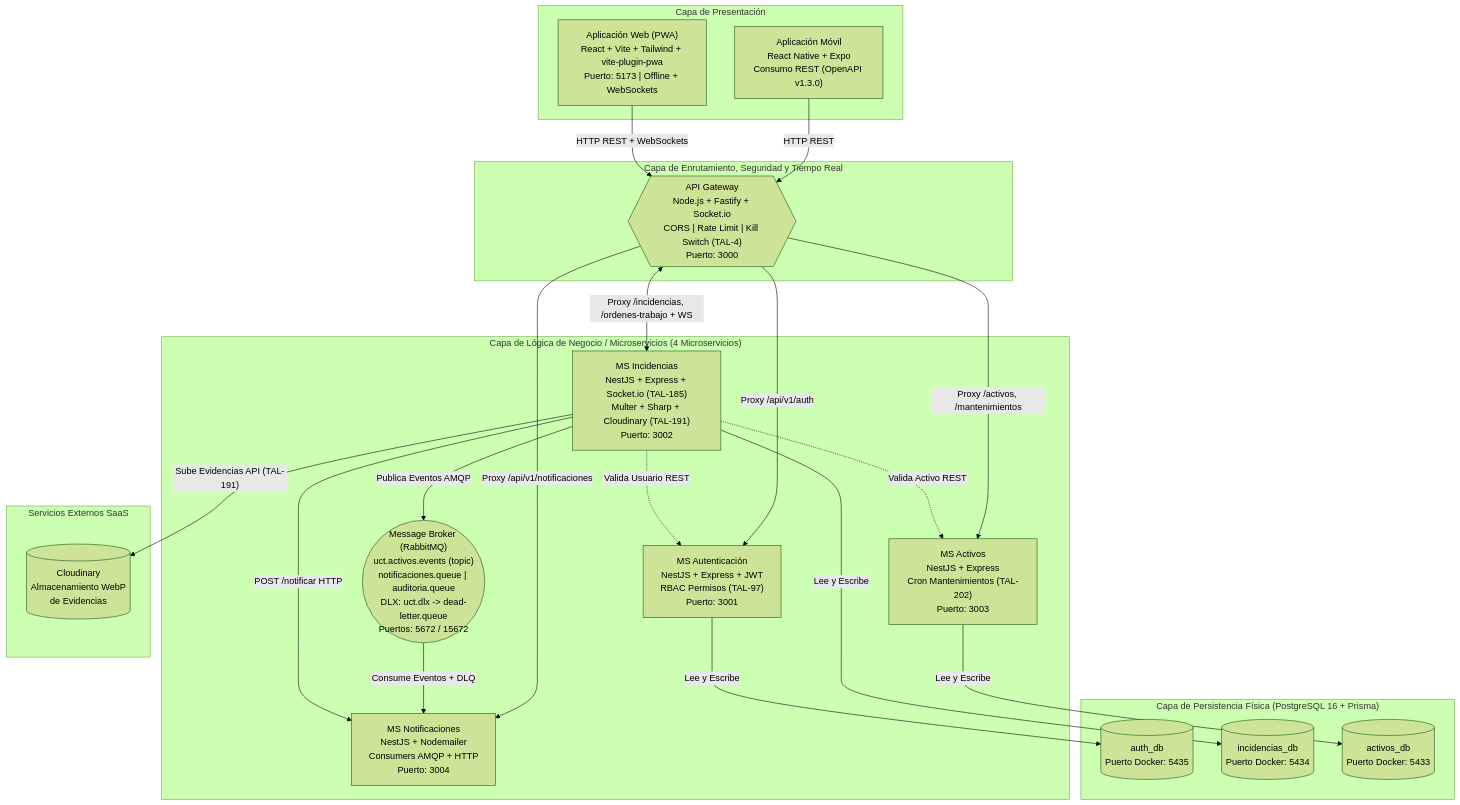
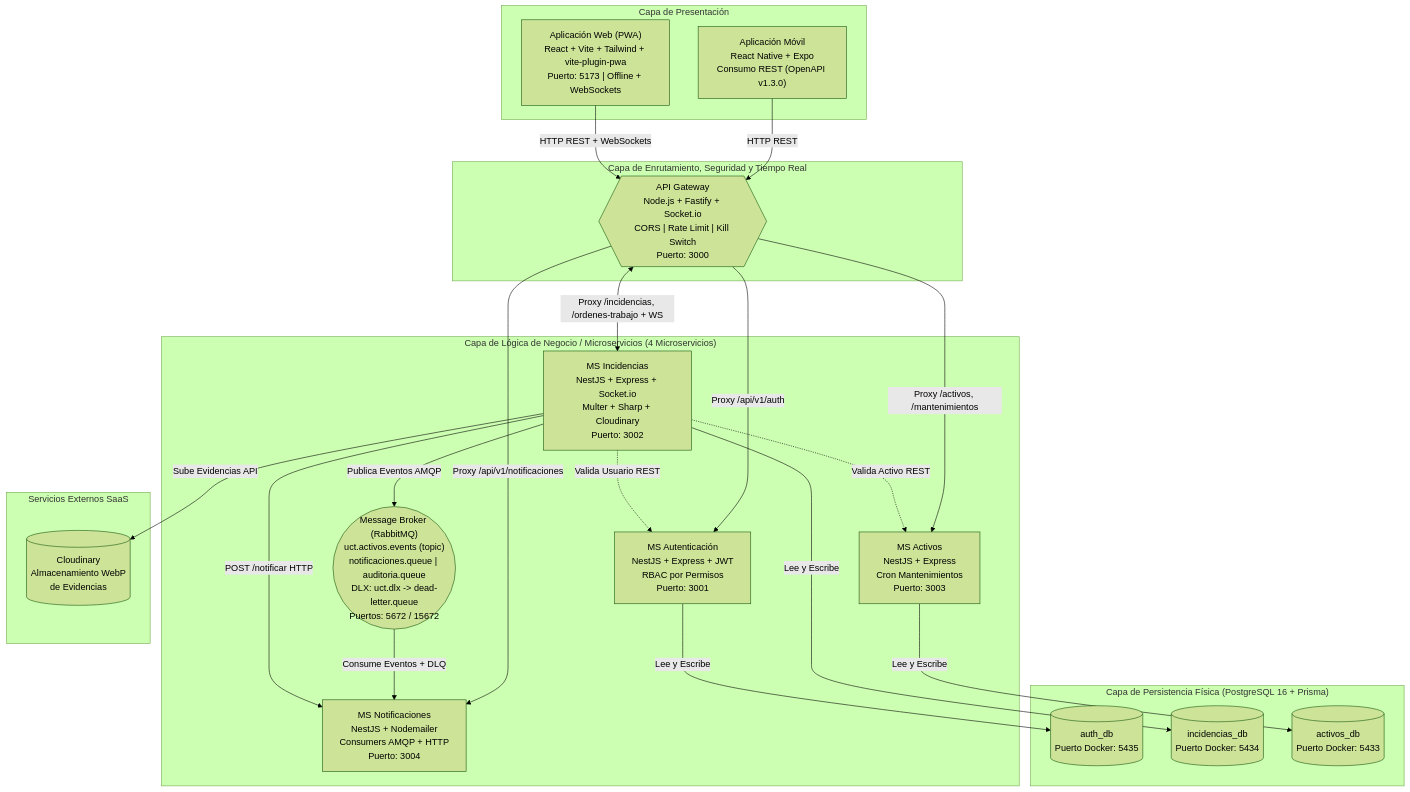
Before and after one commit to Srivera7483/Taller-Integracion-II: the diagram in docs/diagramas/Diagrama de software.mmd, drawn with Mermaid (forest theme). The commit also changed 2 other files, not shown here.

Commit message:
docs(diagramas): retirar referencias internas TAL del diagrama de arquitectura

```diff
--- a/docs/diagramas/Diagrama de software.mmd
+++ b/docs/diagramas/Diagrama de software.mmd
@@ -1,46 +1,46 @@
 flowchart TB
     subgraph Presentacion["Capa de Presentación"]
         Web["Aplicación Web (PWA)<br/>React + Vite + Tailwind + vite-plugin-pwa<br/>Puerto: 5173 | Offline + WebSockets"]
         Mobile["Aplicación Móvil<br/>React Native + Expo<br/>Consumo REST (OpenAPI v1.3.0)"]
     end
 
     subgraph Enrutamiento["Capa de Enrutamiento, Seguridad y Tiempo Real"]
-        Gateway{{"API Gateway<br/>Node.js + Fastify + Socket.io<br/>CORS | Rate Limit | Kill Switch (TAL-4)<br/>Puerto: 3000"}}
+        Gateway{{"API Gateway<br/>Node.js + Fastify + Socket.io<br/>CORS | Rate Limit | Kill Switch<br/>Puerto: 3000"}}
     end
 
     Web -->|"HTTP REST + WebSockets"| Gateway
     Mobile -->|"HTTP REST"| Gateway
 
     subgraph Negocio["Capa de Lógica de Negocio / Microservicios (4 Microservicios)"]
-        MSAuth["MS Autenticación<br/>NestJS + Express + JWT<br/>RBAC Permisos (TAL-97)<br/>Puerto: 3001"]
-        MSInc["MS Incidencias<br/>NestJS + Express + Socket.io (TAL-185)<br/>Multer + Sharp + Cloudinary (TAL-191)<br/>Puerto: 3002"]
-        MSAct["MS Activos<br/>NestJS + Express<br/>Cron Mantenimientos (TAL-202)<br/>Puerto: 3003"]
+        MSAuth["MS Autenticación<br/>NestJS + Express + JWT<br/>RBAC por Permisos<br/>Puerto: 3001"]
+        MSInc["MS Incidencias<br/>NestJS + Express + Socket.io<br/>Multer + Sharp + Cloudinary<br/>Puerto: 3002"]
+        MSAct["MS Activos<br/>NestJS + Express<br/>Cron Mantenimientos<br/>Puerto: 3003"]
         MSNotif["MS Notificaciones<br/>NestJS + Nodemailer<br/>Consumers AMQP + HTTP<br/>Puerto: 3004"]
         Rabbit(("Message Broker (RabbitMQ)<br/>uct.activos.events (topic)<br/>notificaciones.queue | auditoria.queue<br/>DLX: uct.dlx -> dead-letter.queue<br/>Puertos: 5672 / 15672"))
 
         MSInc -.->|"Valida Usuario REST"| MSAuth
         MSInc -.->|"Valida Activo REST"| MSAct
         MSInc -->|"POST /notificar HTTP"| MSNotif
         MSInc -->|"Publica Eventos AMQP"| Rabbit
         Rabbit -->|"Consume Eventos + DLQ"| MSNotif
     end
 
     Gateway -->|"Proxy /api/v1/auth"| MSAuth
     Gateway <-->|"Proxy /incidencias, /ordenes-trabajo + WS"| MSInc
     Gateway -->|"Proxy /activos, /mantenimientos"| MSAct
     Gateway -->|"Proxy /api/v1/notificaciones"| MSNotif
 
     subgraph SaaS["Servicios Externos SaaS"]
         Cloudinary[("Cloudinary<br/>Almacenamiento WebP<br/>de Evidencias")]
     end
 
     subgraph Persistencia["Capa de Persistencia Física (PostgreSQL 16 + Prisma)"]
         AuthDB[("auth_db<br/>Puerto Docker: 5435")]
         IncDB[("incidencias_db<br/>Puerto Docker: 5434")]
         ActDB[("activos_db<br/>Puerto Docker: 5433")]
     end
 
-    MSInc -->|"Sube Evidencias API (TAL-191)"| Cloudinary
+    MSInc -->|"Sube Evidencias API"| Cloudinary
     MSAuth -->|"Lee y Escribe"| AuthDB
     MSInc -->|"Lee y Escribe"| IncDB
     MSAct -->|"Lee y Escribe"| ActDB
```
